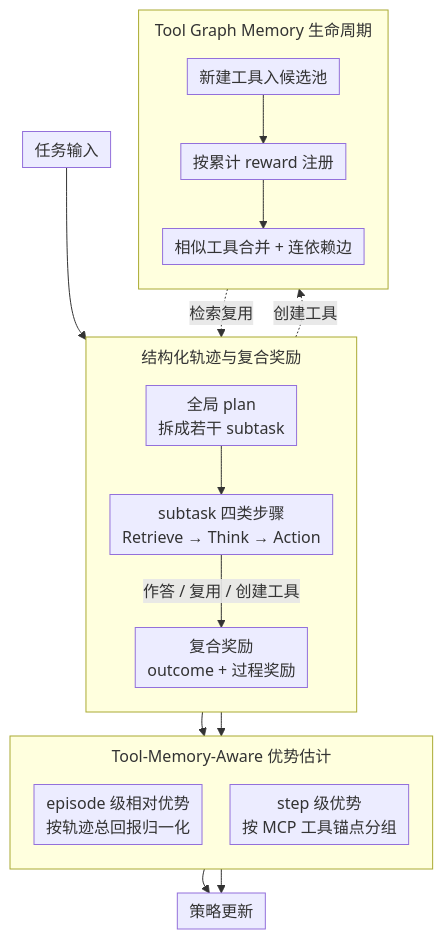
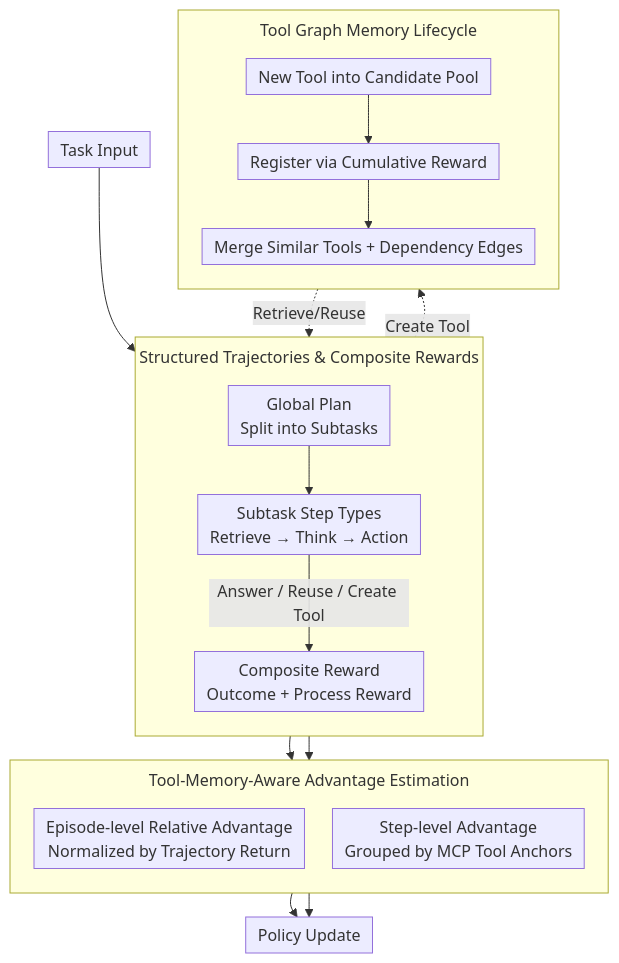
Before and after one commit to zhaoyang97/Paper-Notes-en: the diagram in docs/ACL2026/llm_agent/searl_joint_optimization_of_policy_and_tool_graph_memory_for_self-evolving_agent.md, drawn with Mermaid. The commit also changed other lines of this file and 5084 other files, not shown here.

````diff
--- a/docs/ACL2026/llm_agent/searl_joint_optimization_of_policy_and_tool_graph_memory_for_self-evolving_agent.md
+++ b/docs/ACL2026/llm_agent/searl_joint_optimization_of_policy_and_tool_graph_memory_for_self-evolving_agent.md
@@ -42,24 +42,24 @@
 ```mermaid
 %%{init: {'flowchart': {'rankSpacing': 24, 'nodeSpacing': 28, 'padding': 6, 'wrappingWidth': 400, 'subGraphTitleMargin': {'top': 8, 'bottom': 16}}}}%%
 flowchart TD
-    IN["任务输入"] --> PLAN["全局 plan<br/>拆成若干 subtask"]
-    subgraph TRAJ["结构化轨迹与复合奖励"]
+    IN["Task Input"] --> PLAN["Global Plan<br/>Split into Subtasks"]
+    subgraph TRAJ["Structured Trajectories & Composite Rewards"]
         direction TB
-        PLAN --> SUB["subtask 四类步骤<br/>Retrieve → Think → Action"]
-        SUB -->|"作答 / 复用 / 创建工具"| REW["复合奖励<br/>outcome + 过程奖励"]
+        PLAN --> SUB["Subtask Step Types<br/>Retrieve → Think → Action"]
+        SUB -->|"Answer / Reuse / Create Tool"| REW["Composite Reward<br/>Outcome + Process Reward"]
     end
-    subgraph ADV["Tool-Memory-Aware 优势估计"]
+    subgraph ADV["Tool-Memory-Aware Advantage Estimation"]
         direction TB
-        REW --> EP["episode 级相对优势<br/>按轨迹总回报归一化"]
-        REW --> ST["step 级优势<br/>按 MCP 工具锚点分组"]
+        REW --> EP["Episode-level Relative Advantage<br/>Normalized by Trajectory Return"]
+        REW --> ST["Step-level Advantage<br/>Grouped by MCP Tool Anchors"]
     end
-    EP --> UPD["策略更新"]
+    EP --> UPD["Policy Update"]
     ST --> UPD
-    subgraph MEM["Tool Graph Memory 生命周期"]
+    subgraph MEM["Tool Graph Memory Lifecycle"]
         direction TB
-        NEW["新建工具入候选池"] --> REG["按累计 reward 注册"]
-        REG --> MRG["相似工具合并 + 连依赖边"]
+        NEW["New Tool into Candidate Pool"] --> REG["Register via Cumulative Reward"]
+        REG --> MRG["Merge Similar Tools + Dependency Edges"]
     end
-    SUB -.创建工具.-> NEW
-    MRG -.检索复用.-> SUB
+    SUB -.Create Tool.-> NEW
+    MRG -.Retrieve/Reuse.-> SUB
 ```
````
